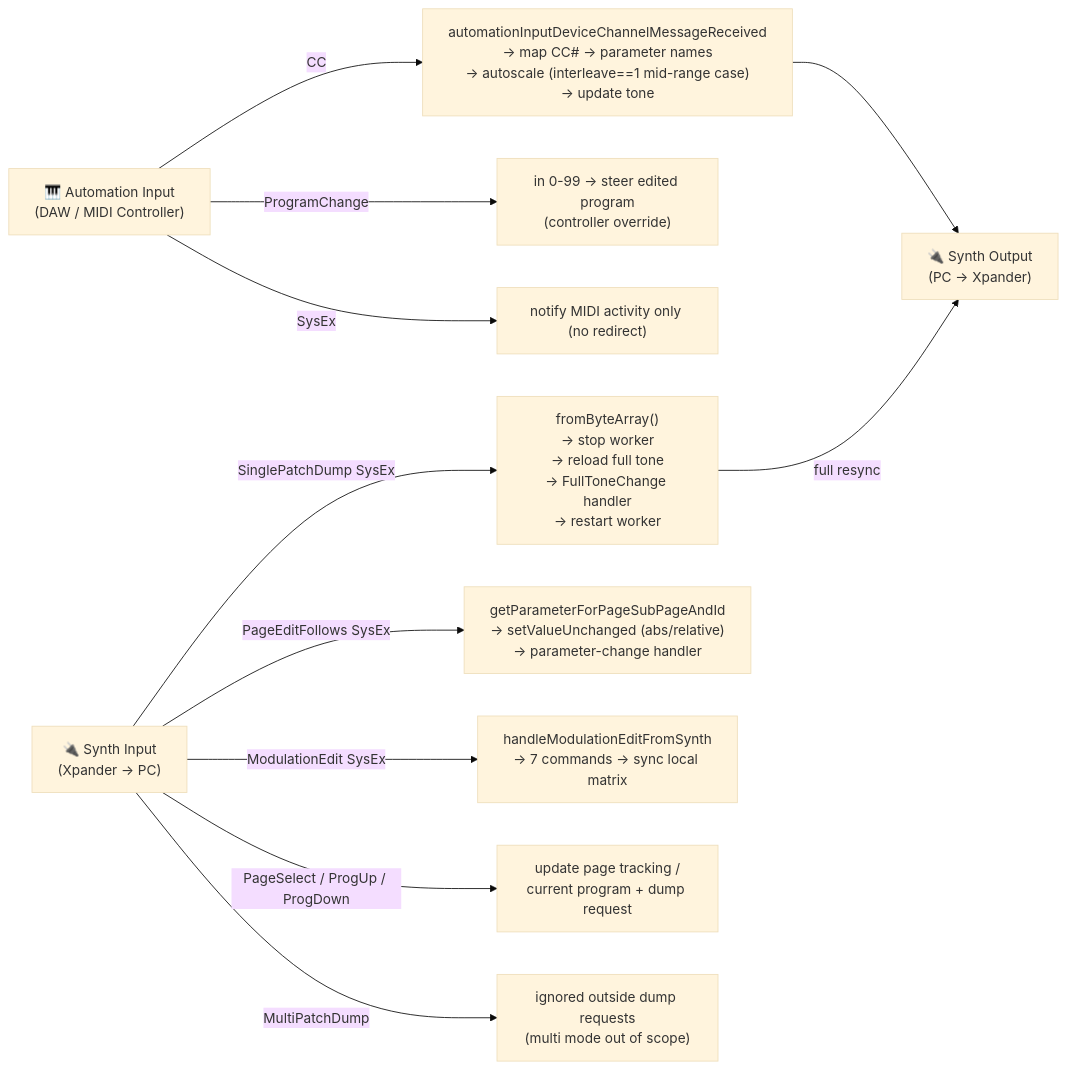
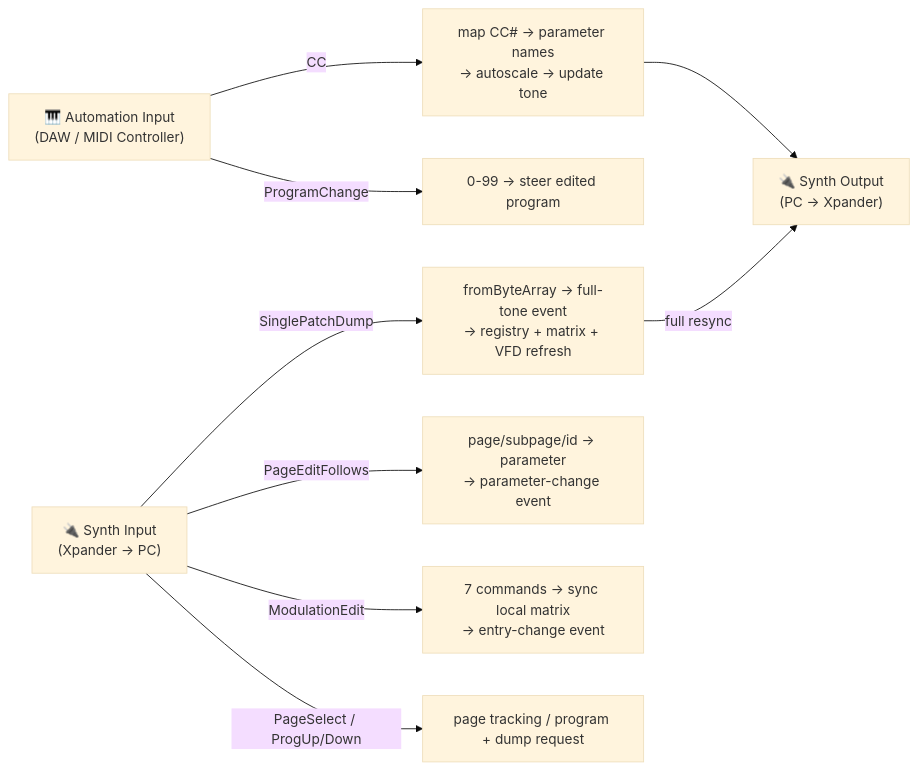
The tenth of 12 diagrams in docs/architecture-analysis_juce.md (xplorer2716/XplorerEditor), drawn with Mermaid (base theme) before and after one commit. The commit also changed other lines of this file, not shown here.

````diff
--- a/docs/architecture-analysis_juce.md
+++ b/docs/architecture-analysis_juce.md
@@ -125,19 +427,15 @@
 ```mermaid
 flowchart LR
     AutoIn["🎹 Automation Input\n(DAW / MIDI Controller)"]
     SynthIn["🔌 Synth Input\n(Xpander → PC)"]
     SynthOut["🔌 Synth Output\n(PC → Xpander)"]
 
-    AutoIn -->|CC| AutoHandler["automationInputDeviceChannelMessageReceived\n→ map CC# → parameter names\n→ autoscale (interleave==1 mid-range case)\n→ update tone"]
-    AutoIn -->|ProgramChange| AutoPC["in 0-99 → steer edited program\n(controller override)"]
-    AutoIn -->|SysEx| AutoSysEx["notify MIDI activity only (no redirect)"]
-
-    SynthIn -->|SinglePatchDump SysEx| ToneUpdate["fromByteArray()\n→ stop worker\n→ reload full tone\n→ FullToneChange handler\n→ restart worker"]
-    SynthIn -->|PageEditFollows SysEx| ParamUpdate["getParameterForPageSubPageAndId\n→ setValueUnchanged (abs/relative)\n→ parameter-change handler"]
-    SynthIn -->|ModulationEdit SysEx| ModMatrix["handleModulationEditFromSynth\n→ 7 commands → sync local matrix"]
-    SynthIn -->|PageSelect / ProgUp / ProgDown| ProgChange["update page tracking /\ncurrent program + dump request"]
-    SynthIn -->|MultiPatchDump| Multi["ignored outside dump requests\n(multi mode out of scope)"]
-
+    AutoIn -->|CC| AutoHandler["map CC# → parameter names\n→ autoscale → update tone"]
+    AutoIn -->|ProgramChange| AutoPC["0-99 → steer edited program"]
+    SynthIn -->|SinglePatchDump| ToneUpdate["fromByteArray → full-tone event\n→ registry + matrix + VFD refresh"]
+    SynthIn -->|PageEditFollows| ParamUpdate["page/subpage/id → parameter\n→ parameter-change event"]
+    SynthIn -->|ModulationEdit| ModMatrix["7 commands → sync local matrix\n→ entry-change event"]
+    SynthIn -->|PageSelect / ProgUp/Down| ProgChange["page tracking / program + dump request"]
     AutoHandler --> SynthOut
     ToneUpdate -->|full resync| SynthOut
 ```
````
